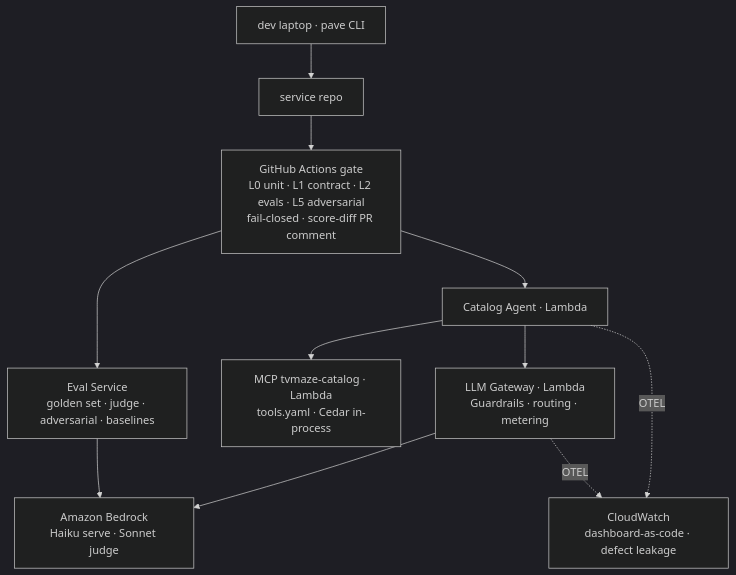
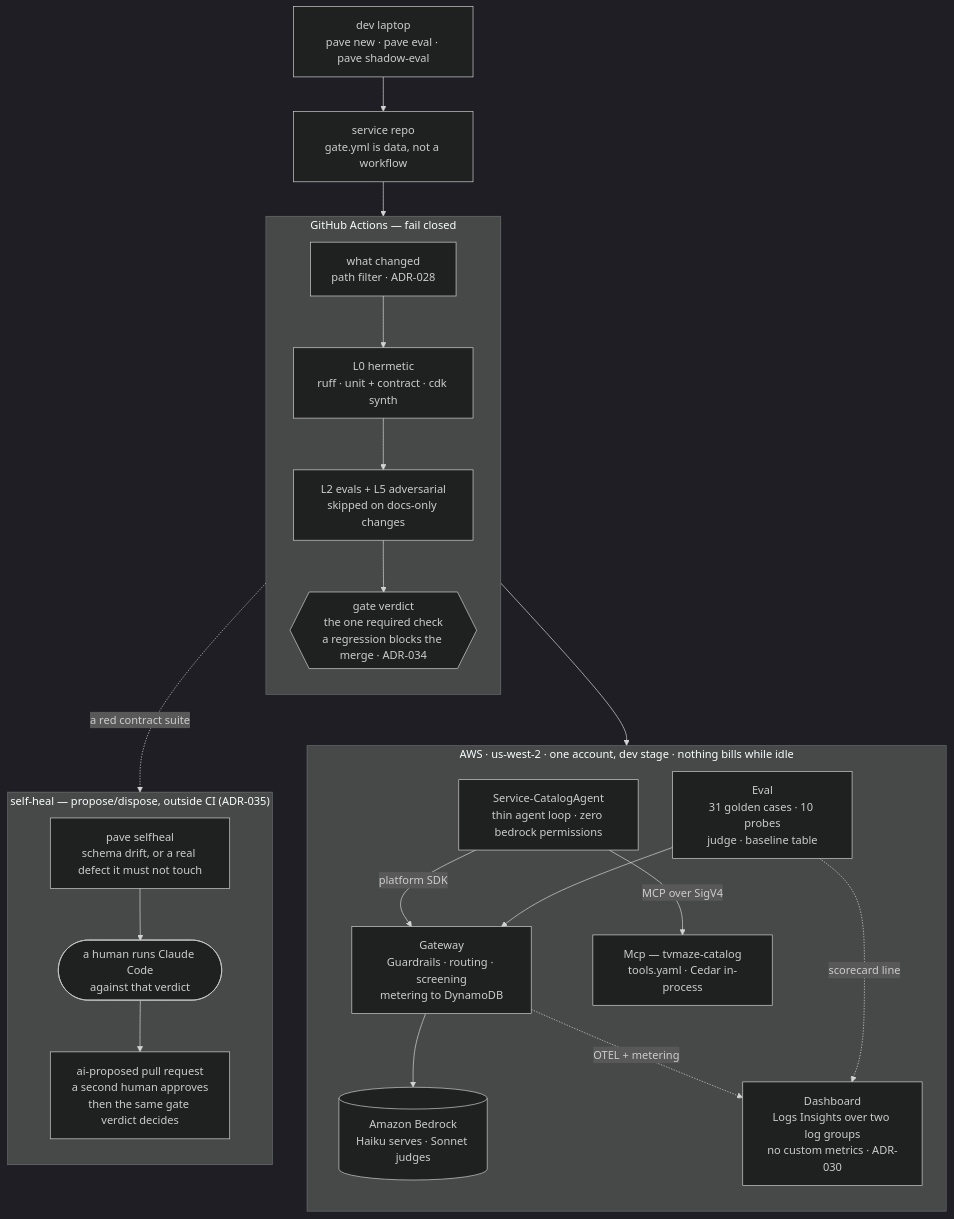
Before and after one commit to andaro74/agentpave: the diagram in docs/diagrams/00-architecture.mermaid, drawn with Mermaid (dark theme). The commit also changed 3 other files, not shown here.

```diff
--- a/docs/diagrams/00-architecture.mermaid
+++ b/docs/diagrams/00-architecture.mermaid
@@ -1,12 +1,52 @@
-%% Rendered to SVG at M07 via `make diagrams`. Placeholder tracks ARCHITECTURE.md §3.
+%% Rendered by `make diagrams` (needs Node; not part of `make check`).
+%% Tracks ARCHITECTURE.md §3 as built, not as planned — six deployed stacks,
+%% the CI ladder that actually runs, and self-heal outside CI (ADR-035).
+%% The propose/dispose loop is drawn as a lane ending in a new pull request
+%% rather than as an arrow back into the repo: the loop is real, but drawing it
+%% as a cycle makes the layout engine put the dev laptop at the bottom.
+%% (A bare `%%` line is not a blank comment to Mermaid — it eats the newline
+%% after it and merges into `flowchart TB`. Keep comment lines non-empty.)
 flowchart TB
-    DEV[dev laptop · pave CLI] --> REPO[service repo]
-    REPO --> CI[GitHub Actions gate\nL0 unit · L1 contract · L2 evals · L5 adversarial\nfail-closed · score-diff PR comment]
-    CI --> AGENT[Catalog Agent · Lambda]
-    AGENT --> GW[LLM Gateway · Lambda\nGuardrails · routing · metering]
-    GW --> BR[Amazon Bedrock\nHaiku serve · Sonnet judge]
-    AGENT --> MCP[MCP tvmaze-catalog · Lambda\ntools.yaml · Cedar in-process]
-    CI --> EVAL[Eval Service\ngolden set · judge · adversarial · baselines]
-    EVAL --> BR
-    AGENT -.OTEL.-> CW[CloudWatch\ndashboard-as-code · defect leakage]
-    GW -.OTEL.-> CW
+    DEV[dev laptop\npave new · pave eval · pave shadow-eval]
+    REPO[service repo\ngate.yml is data, not a workflow]
+    DEV --> REPO
+
+    subgraph CI["GitHub Actions — fail closed"]
+        direction TB
+        WC[what changed\npath filter · ADR-028]
+        L0[L0 hermetic\nruff · unit + contract · cdk synth]
+        L2[L2 evals + L5 adversarial\nskipped on docs-only changes]
+        V{{"gate verdict\nthe one required check\na regression blocks the merge · ADR-034"}}
+        WC --> L0 --> L2 --> V
+    end
+
+    REPO --> WC
+
+    subgraph AWS["AWS · us-west-2 · one account, dev stage · nothing bills while idle"]
+        direction TB
+        SVC[Service-CatalogAgent\nthin agent loop · zero bedrock permissions]
+        GW[Gateway\nGuardrails · routing · screening\nmetering to DynamoDB]
+        MCP[Mcp — tvmaze-catalog\ntools.yaml · Cedar in-process]
+        EVAL[Eval\n31 golden cases · 10 probes\njudge · baseline table]
+        DASH[Dashboard\nLogs Insights over two log groups\nno custom metrics · ADR-030]
+        BR[(Amazon Bedrock\nHaiku serves · Sonnet judges)]
+
+        SVC -->|platform SDK| GW
+        SVC -->|MCP over SigV4| MCP
+        EVAL --> GW
+        GW --> BR
+        GW -.OTEL + metering.-> DASH
+        EVAL -.scorecard line.-> DASH
+    end
+
+    L2 --> EVAL
+
+    subgraph HEAL["self-heal — propose/dispose, outside CI (ADR-035)"]
+        direction TB
+        SH[pave selfheal\nschema drift, or a real defect it must not touch]
+        HUMAN([a human runs Claude Code\nagainst that verdict])
+        PR[ai-proposed pull request\na second human approves\nthen the same gate verdict decides]
+        SH --> HUMAN --> PR
+    end
+
+    L0 -.a red contract suite.-> SH
```
